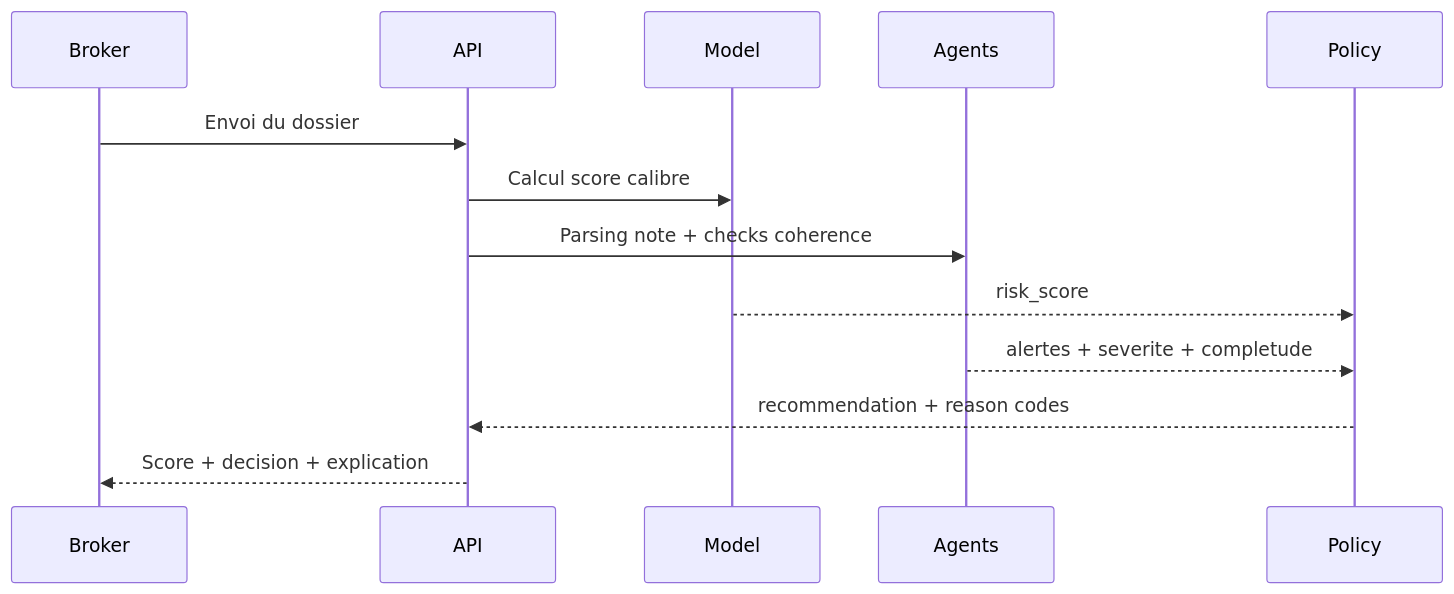
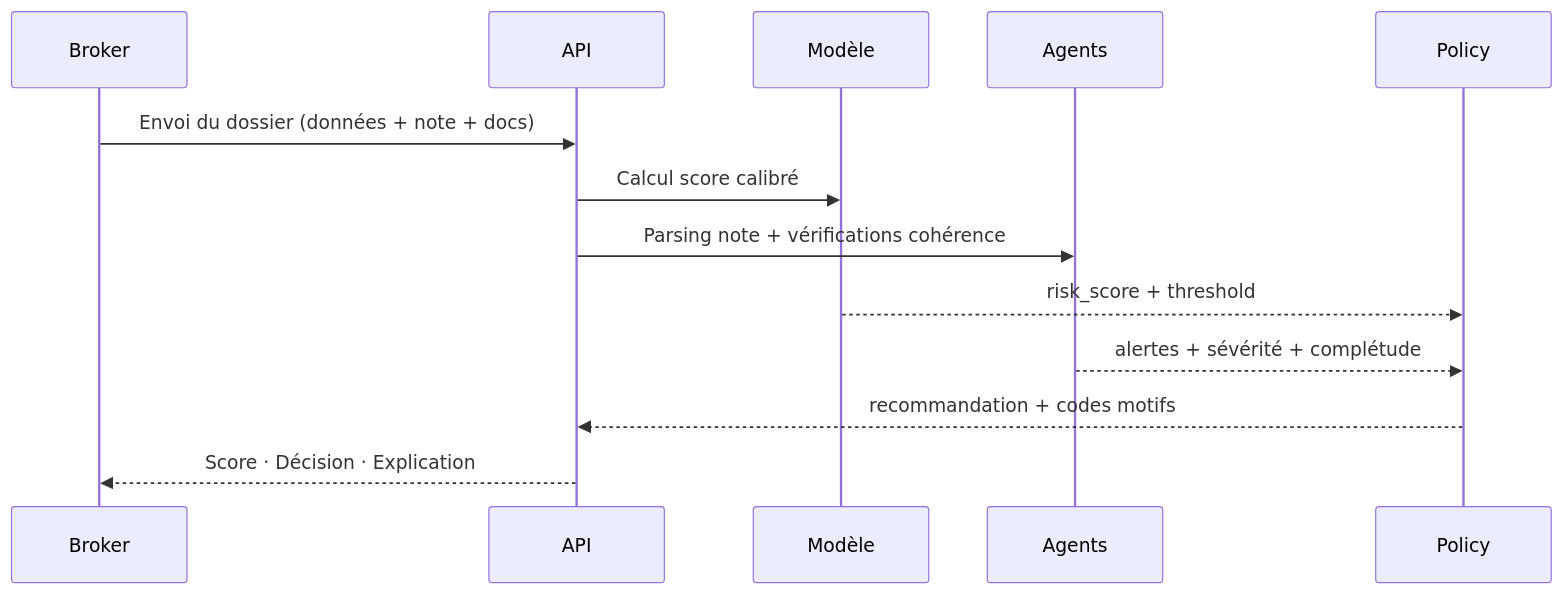
The second of 2 diagrams in README.md (BeediGoua/Brokerflow_ai), drawn with Mermaid before and after one commit. The commit also changed other lines of this file and 49 other files, not shown here.

````diff
--- a/README.md
+++ b/README.md
@@ -77,16 +83,16 @@
 ```mermaid
 sequenceDiagram
     participant Broker
     participant API
-    participant Model
+    participant Modèle
     participant Agents
     participant Policy
 
-    Broker->>API: Envoi du dossier
-    API->>Model: Calcul score calibre
-    API->>Agents: Parsing note + checks coherence
-    Model-->>Policy: risk_score
-    Agents-->>Policy: alertes + severite + completude
-    Policy-->>API: recommendation + reason codes
-    API-->>Broker: Score + decision + explication
+    Broker->>API: Envoi du dossier (données + note + docs)
+    API->>Modèle: Calcul score calibré
+    API->>Agents: Parsing note + vérifications cohérence
+    Modèle-->>Policy: risk_score + threshold
+    Agents-->>Policy: alertes + sévérité + complétude
+    Policy-->>API: recommandation + codes motifs
+    API-->>Broker: Score · Décision · Explication
 ```
````
